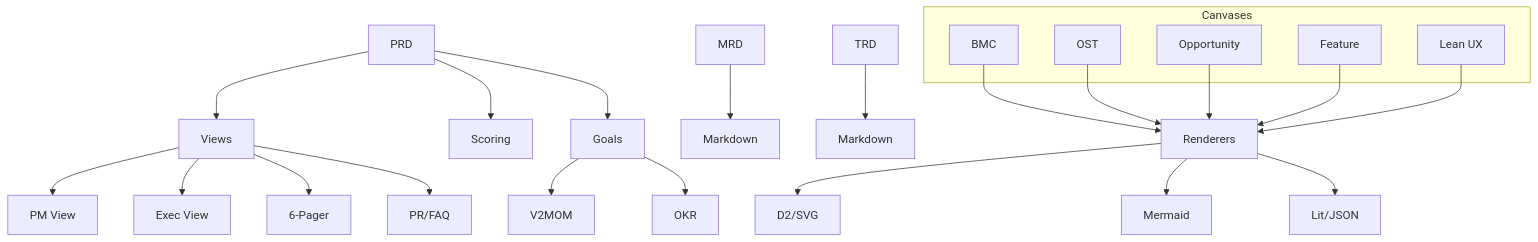
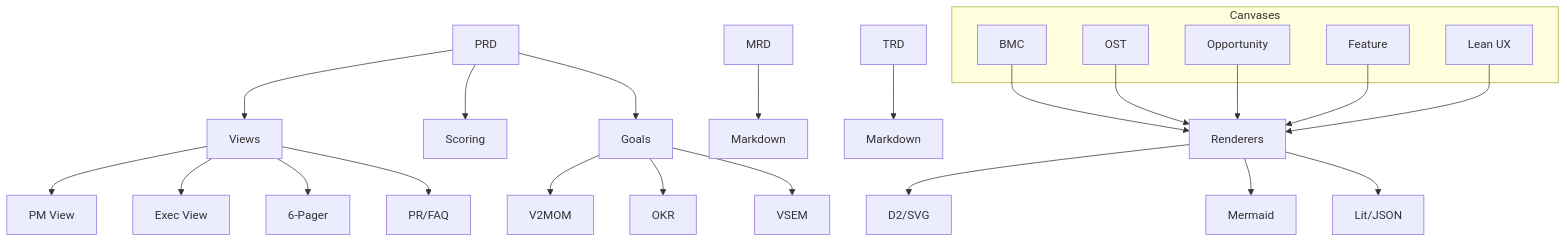
Before and after one commit to grokify/prism-roadmap: the first of 2 diagrams in docs/index.md, drawn with Mermaid. The commit also changed other lines of this file and 6 other files, not shown here.

````diff
--- a/docs/index.md
+++ b/docs/index.md
@@ -40,35 +40,36 @@
 ```mermaid
 graph TD
     A[PRD] --> B[Views]
     A --> C[Scoring]
     A --> D[Goals]
 
     B --> B1[PM View]
     B --> B2[Exec View]
     B --> B3[6-Pager]
     B --> B4[PR/FAQ]
 
     D --> D1[V2MOM]
     D --> D2[OKR]
+    D --> D3[VSEM]
 
     E[MRD] --> F[Markdown]
     G[TRD] --> H[Markdown]
 
     subgraph Canvases
         CV1[BMC]
         CV2[OST]
         CV3[Opportunity]
         CV4[Feature]
         CV5[Lean UX]
     end
 
     CV1 --> R[Renderers]
     CV2 --> R
     CV3 --> R
     CV4 --> R
     CV5 --> R
 
     R --> R1[D2/SVG]
     R --> R2[Mermaid]
     R --> R3[Lit/JSON]
 ```
````
